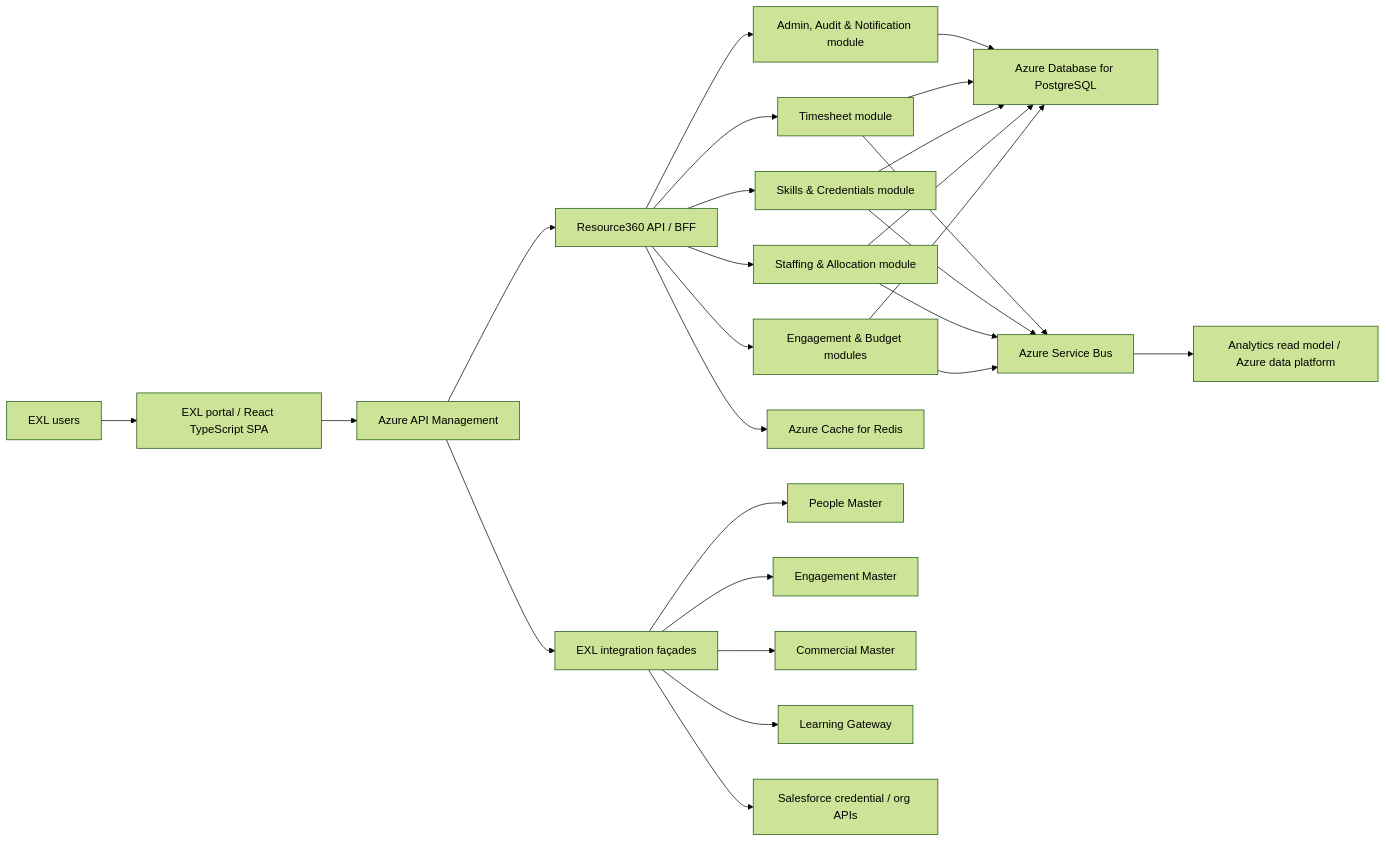
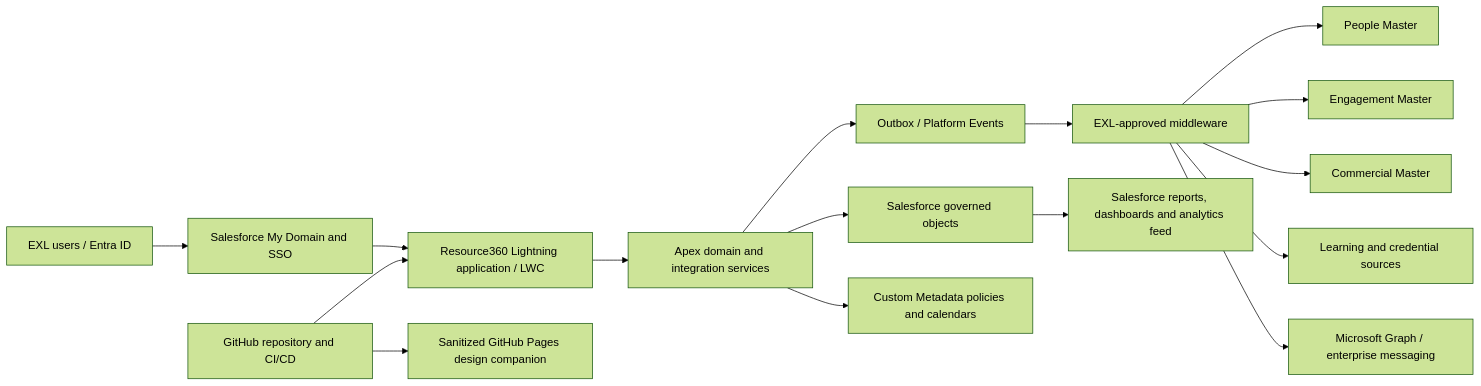
The second of 3 diagrams in docs/EXL_Salesforce_COE_Resource360_PRD_v1.0.md (singhaditya21/exl-salesforce-coe-resource360), drawn with Mermaid (forest theme) before and after one commit. The commit also changed other lines of this file and 406 other files, not shown here.

Commit message:
feat: complete governed Resource 360 Salesforce demo (#6)

````diff
--- a/docs/EXL_Salesforce_COE_Resource360_PRD_v1.0.md
+++ b/docs/EXL_Salesforce_COE_Resource360_PRD_v1.0.md
@@ -1086,28 +1089,18 @@
 ```mermaid
 flowchart LR
-    U["EXL users"] --> P["EXL portal / React TypeScript SPA"]
-    P --> APIM["Azure API Management"]
-    APIM --> BFF["Resource360 API / BFF"]
-    BFF --> ENG["Engagement & Budget modules"]
-    BFF --> STF["Staffing & Allocation module"]
-    BFF --> SKL["Skills & Credentials module"]
-    BFF --> TMS["Timesheet module"]
-    BFF --> ADM["Admin, Audit & Notification module"]
-    ENG --> PG["Azure Database for PostgreSQL"]
-    STF --> PG
-    SKL --> PG
-    TMS --> PG
-    ADM --> PG
-    BFF --> REDIS["Azure Cache for Redis"]
-    ENG --> BUS["Azure Service Bus"]
-    STF --> BUS
-    SKL --> BUS
-    TMS --> BUS
-    BUS --> READ["Analytics read model / Azure data platform"]
-    APIM --> FAC["EXL integration façades"]
-    FAC --> HR["People Master"]
-    FAC --> PSA["Engagement Master"]
-    FAC --> ERP["Commercial Master"]
-    FAC --> LMS["Learning Gateway"]
-    FAC --> SF["Salesforce credential / org APIs"]
+    U["EXL users / Entra ID"] --> SSO["Salesforce My Domain and SSO"]
+    SSO --> LEX["Resource360 Lightning application / LWC"]
+    LEX --> APX["Apex domain and integration services"]
+    APX --> DATA["Salesforce governed objects"]
+    APX --> EVT["Outbox / Platform Events"]
+    APX --> CFG["Custom Metadata policies and calendars"]
+    EVT --> MID["EXL-approved middleware"]
+    MID --> HR["People Master"]
+    MID --> PSA["Engagement Master"]
+    MID --> ERP["Commercial Master"]
+    MID --> LMS["Learning and credential sources"]
+    MID --> MSG["Microsoft Graph / enterprise messaging"]
+    DATA --> RPT["Salesforce reports, dashboards and analytics feed"]
+    GH["GitHub repository and CI/CD"] --> LEX
+    GH --> PAGES["Sanitized GitHub Pages design companion"]
 ```
````
